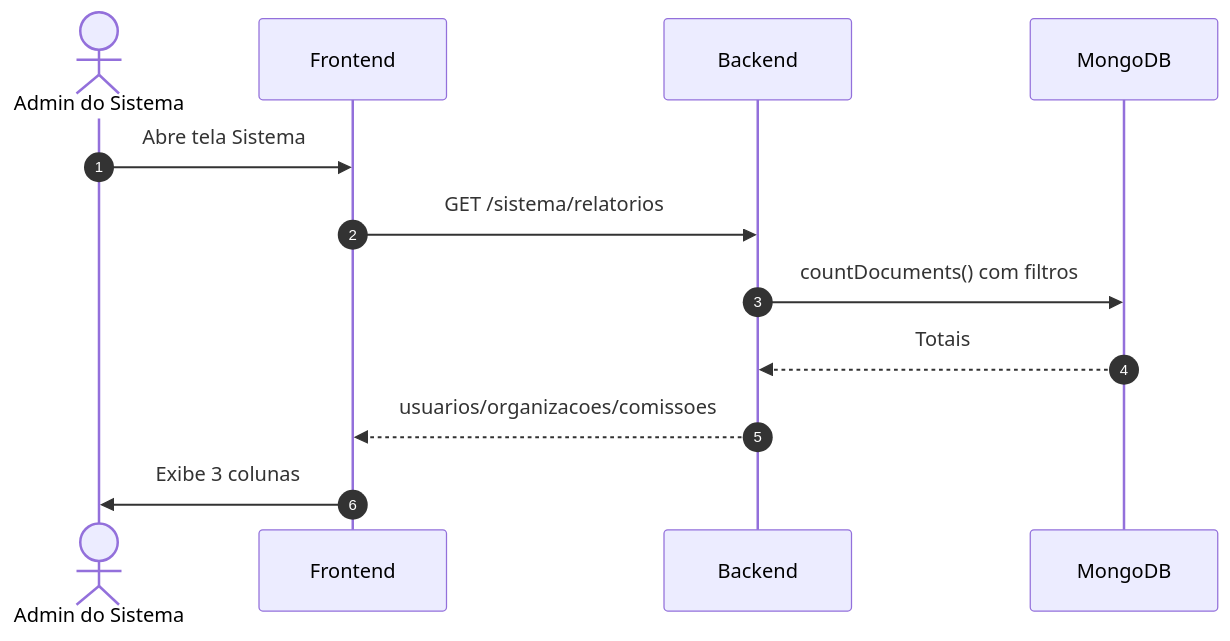
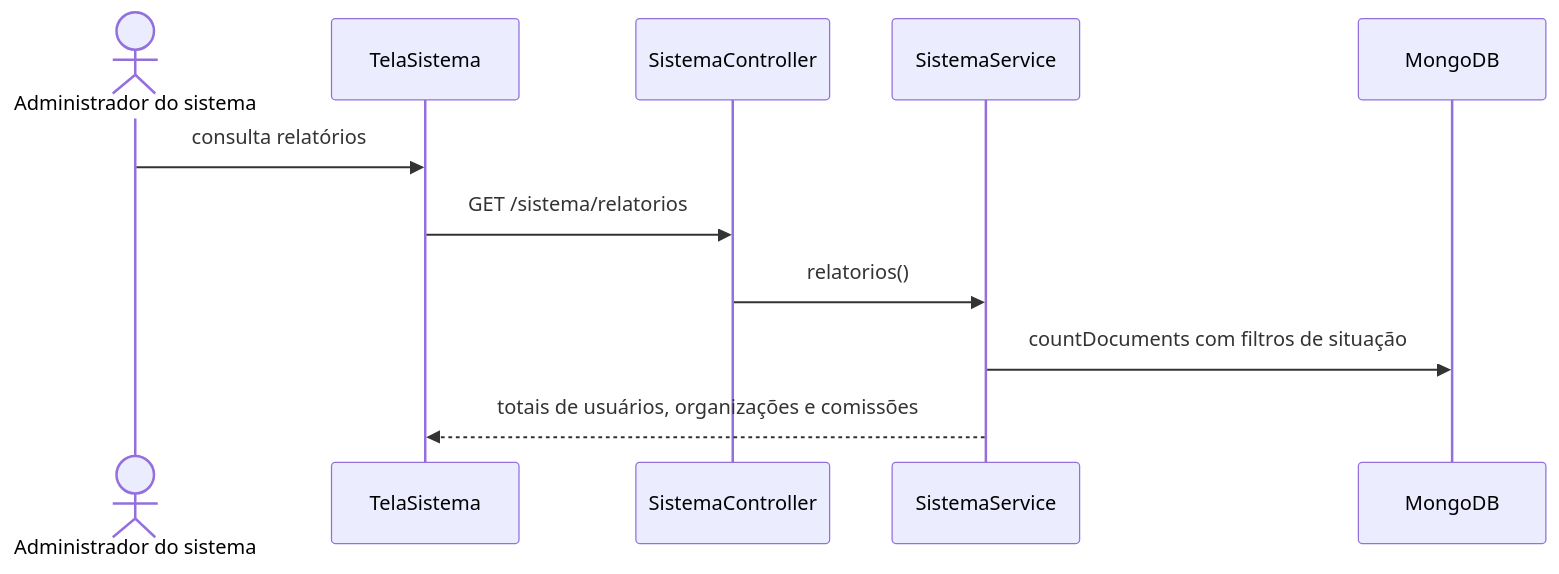
The second of 4 diagrams in 2 - Incremento1/informacao-sistemas/6 - diagramas-sequencia-sistema.md (Conecta-IFSP/DOCUMENTATION), drawn with Mermaid before and after one commit. The commit also changed other lines of this file and 43 other files, not shown here.

````diff
--- a/2 - Incremento1/informacao-sistemas/6 - diagramas-sequencia-sistema.md
+++ b/2 - Incremento1/informacao-sistemas/6 - diagramas-sequencia-sistema.md
@@ -24,15 +24,13 @@
 ```mermaid
 sequenceDiagram
-    autonumber
-    actor Admin as Admin do Sistema
-    participant Front as Frontend
-    participant API as Backend
+    actor A as Administrador do sistema
+    participant T as TelaSistema
+    participant C as SistemaController
+    participant S as SistemaService
     participant DB as MongoDB
-
-    Admin->>Front: Abre tela Sistema
-    Front->>API: GET /sistema/relatorios
-    API->>DB: countDocuments() com filtros
-    DB-->>API: Totais
-    API-->>Front: usuarios/organizacoes/comissoes
-    Front->>Admin: Exibe 3 colunas
+    A->>T: consulta relatórios
+    T->>C: GET /sistema/relatorios
+    C->>S: relatorios()
+    S->>DB: countDocuments com filtros de situação
+    S-->>T: totais de usuários, organizações e comissões
 ```
````
